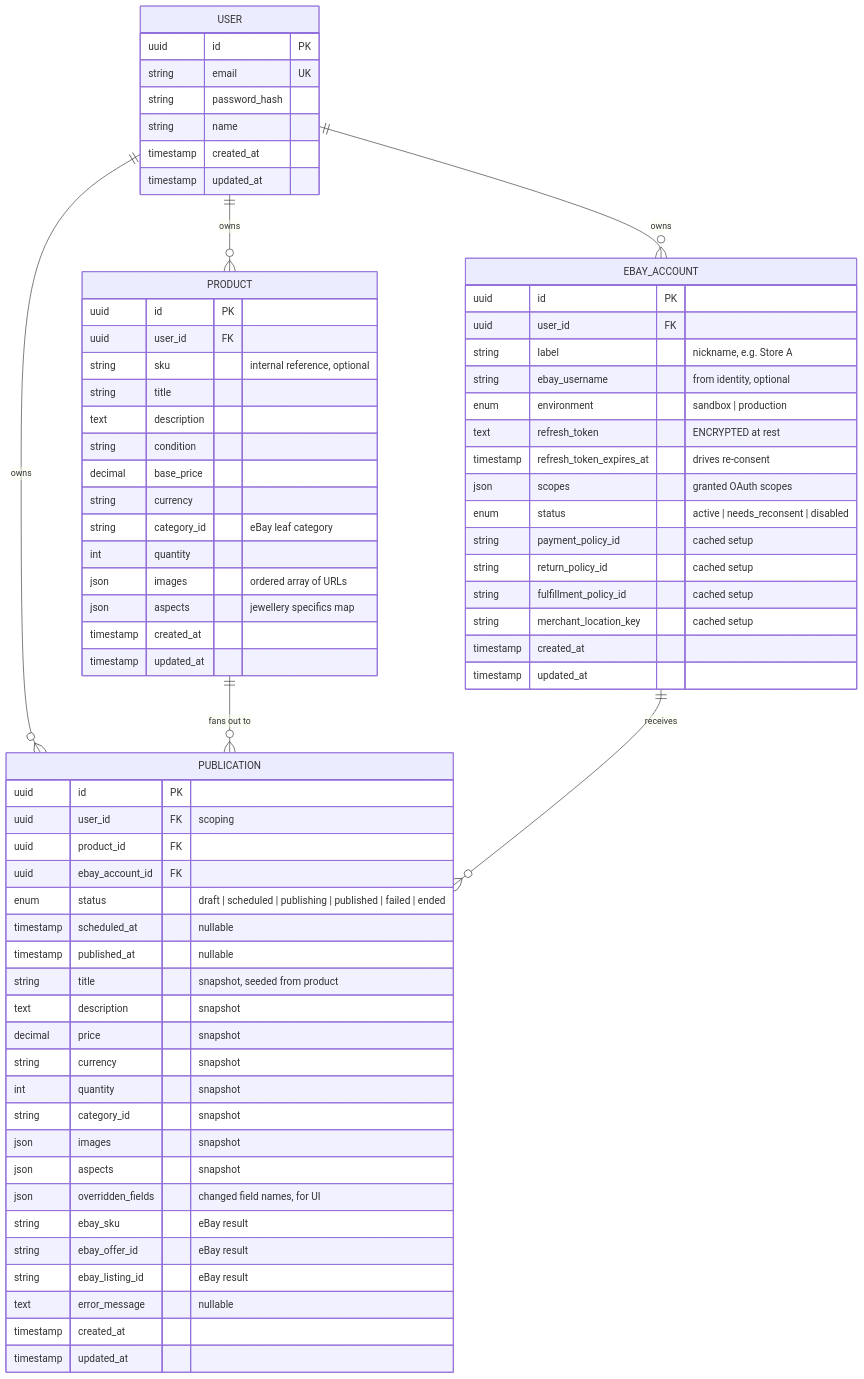
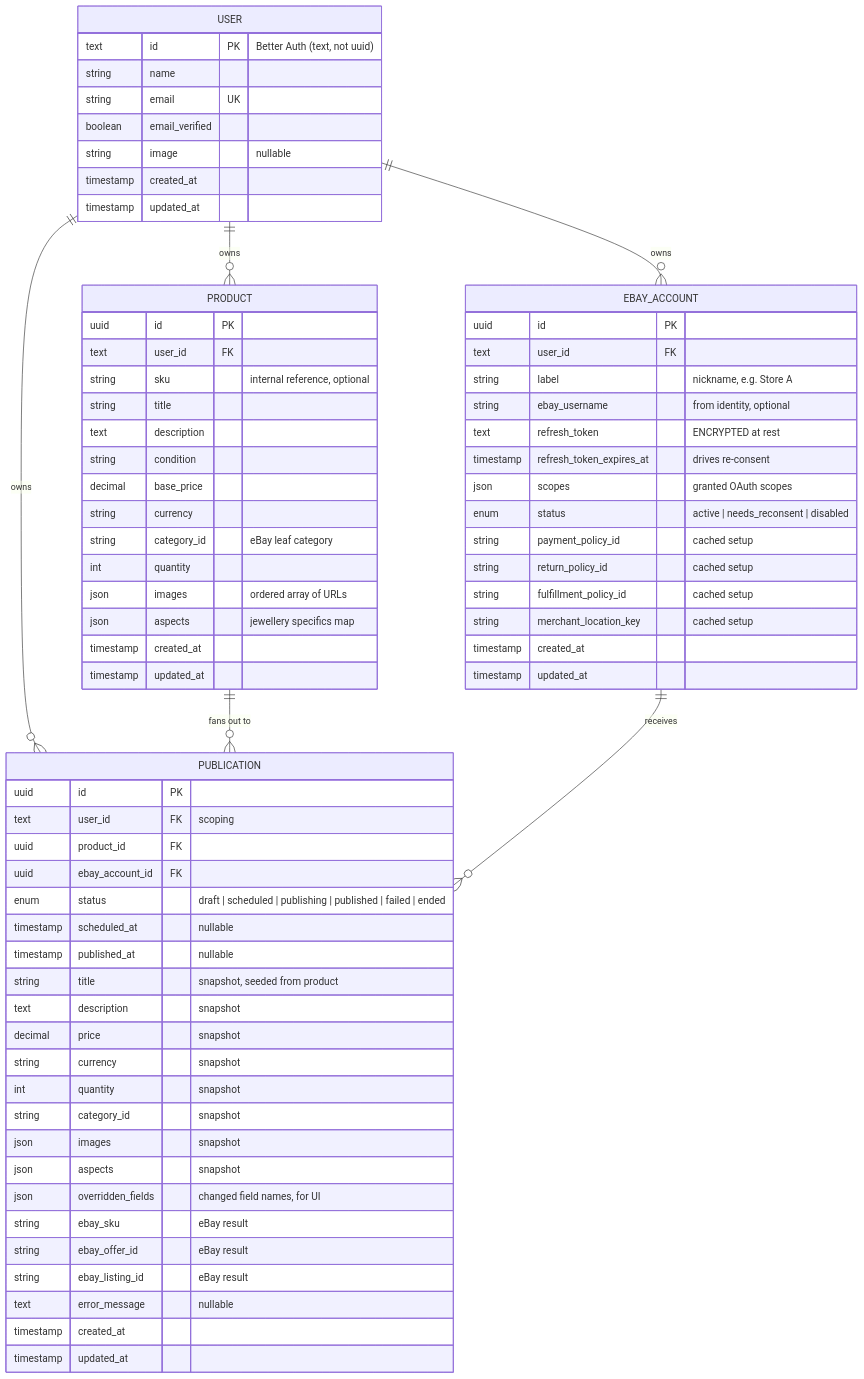
One commit to senilm/listing-tool changed the diagram in docs/schema.md. Above: the diagram before and after it, drawn with Mermaid. The commit also changed other lines of this file and 1 other file, not shown here.

Commit message:
docs: sync schema and tech-stack with implemented setup

````diff
--- a/docs/schema.md
+++ b/docs/schema.md
@@ -13,77 +15,77 @@
 ```mermaid
 erDiagram
     USER ||--o{ EBAY_ACCOUNT : owns
     USER ||--o{ PRODUCT : owns
     USER ||--o{ PUBLICATION : owns
     PRODUCT ||--o{ PUBLICATION : "fans out to"
     EBAY_ACCOUNT ||--o{ PUBLICATION : receives
 
     USER {
-        uuid id PK
+        text id PK "Better Auth (text, not uuid)"
+        string name
         string email UK
-        string password_hash
-        string name
+        boolean email_verified
+        string image "nullable"
         timestamp created_at
         timestamp updated_at
     }
 
     EBAY_ACCOUNT {
         uuid id PK
-        uuid user_id FK
+        text user_id FK
         string label "nickname, e.g. Store A"
         string ebay_username "from identity, optional"
-        enum environment "sandbox | production"
         text refresh_token "ENCRYPTED at rest"
         timestamp refresh_token_expires_at "drives re-consent"
         json scopes "granted OAuth scopes"
         enum status "active | needs_reconsent | disabled"
         string payment_policy_id "cached setup"
         string return_policy_id "cached setup"
         string fulfillment_policy_id "cached setup"
         string merchant_location_key "cached setup"
         timestamp created_at
         timestamp updated_at
     }
 
     PRODUCT {
         uuid id PK
-        uuid user_id FK
+        text user_id FK
         string sku "internal reference, optional"
         string title
         text description
         string condition
         decimal base_price
         string currency
         string category_id "eBay leaf category"
         int quantity
         json images "ordered array of URLs"
         json aspects "jewellery specifics map"
         timestamp created_at
         timestamp updated_at
     }
 
     PUBLICATION {
         uuid id PK
-        uuid user_id FK "scoping"
+        text user_id FK "scoping"
         uuid product_id FK
         uuid ebay_account_id FK
         enum status "draft | scheduled | publishing | published | failed | ended"
         timestamp scheduled_at "nullable"
         timestamp published_at "nullable"
         string title "snapshot, seeded from product"
         text description "snapshot"
         decimal price "snapshot"
         string currency "snapshot"
         int quantity "snapshot"
         string category_id "snapshot"
         json images "snapshot"
         json aspects "snapshot"
         json overridden_fields "changed field names, for UI"
         string ebay_sku "eBay result"
         string ebay_offer_id "eBay result"
         string ebay_listing_id "eBay result"
         text error_message "nullable"
         timestamp created_at
         timestamp updated_at
     }
 ```
````
